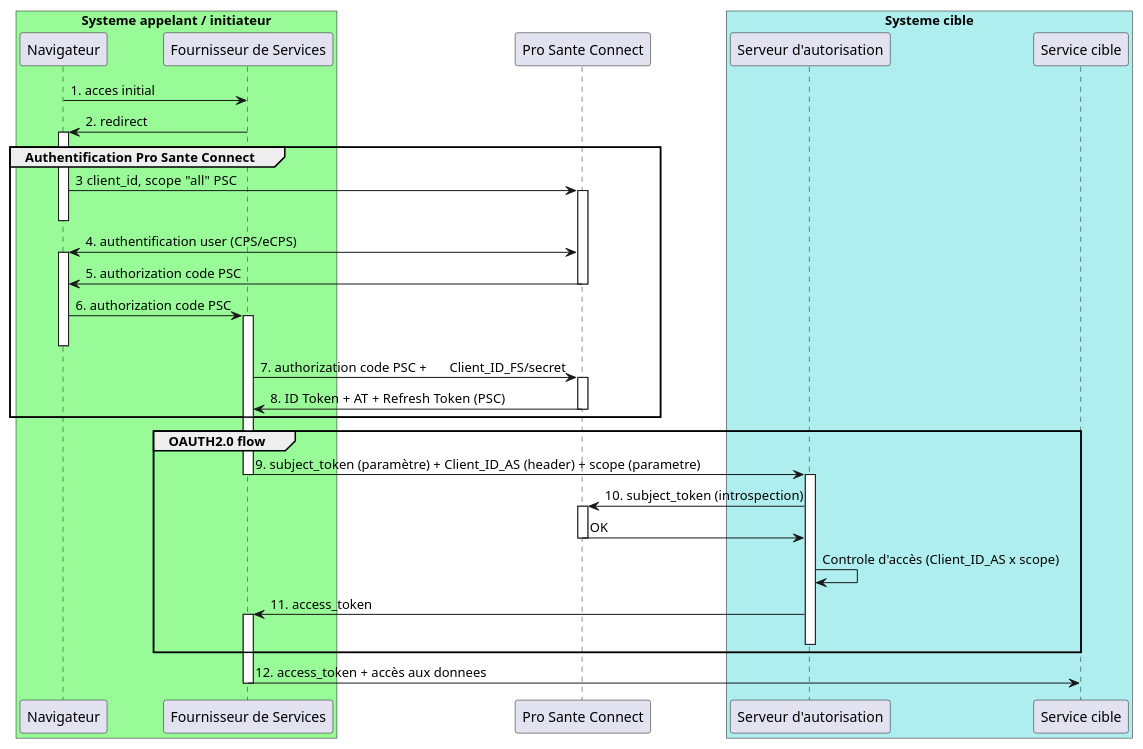
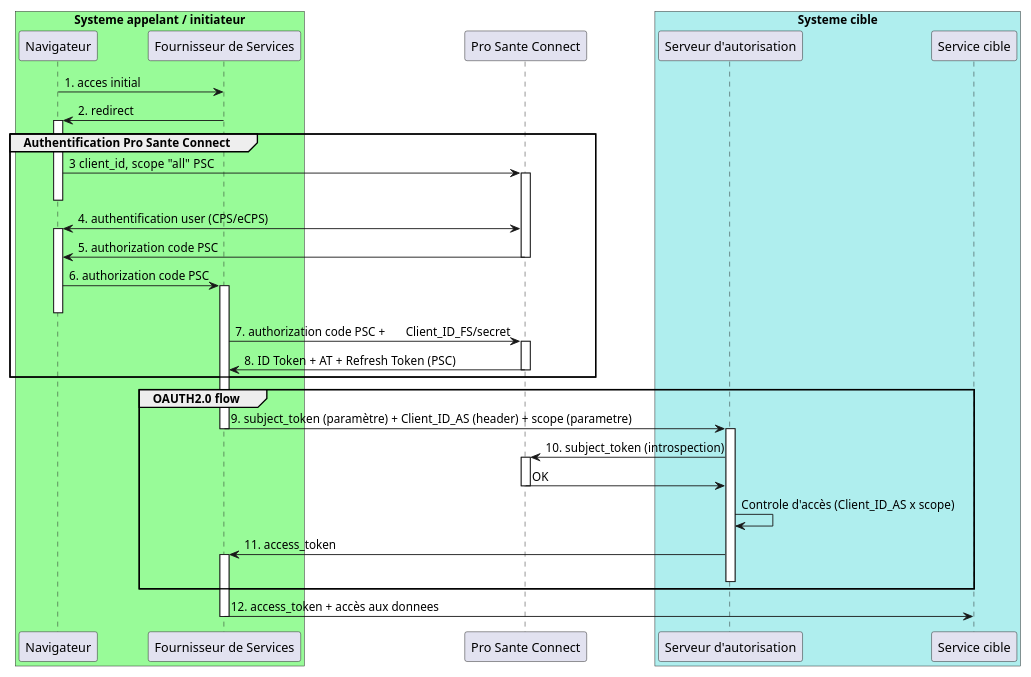
One commit to ansforge/IG-securisation-transport-api-rest changed the diagram in input/images-source/diag_api_prosanteconnectee_web_general.plantuml. Above: the diagram before and after it, drawn with PlantUML.

Commit message:
modif scale diag plantuml

```diff
--- a/input/images-source/diag_api_prosanteconnectee_web_general.plantuml
+++ b/input/images-source/diag_api_prosanteconnectee_web_general.plantuml
@@ -1,51 +1,52 @@
 @startuml
+scale 1024*768
 box  "Systeme appelant / initiateur" #palegreen
 participant "Navigateur" as n
 participant "Fournisseur de Services" as appserver
 end box
 participant "Pro Sante Connect" as psc
 
 box  "Systeme cible" #paleturquoise
 participant "Serveur d'autorisation" as AS
 participant "Service cible" as API
 end box
 
 n->appserver:1. acces initial 
 appserver->n:2. redirect
 	activate n
 
 group Authentification Pro Sante Connect
 n->psc:3  client_id, scope "all" PSC
 	activate psc
 	deactivate n
 psc<->n:4. authentification user (CPS/eCPS)
 activate n
 psc->n:5. authorization code PSC
 	deactivate psc
 n->appserver:6. authorization code PSC
 	activate appserver
     deactivate n
 appserver->psc: 7. authorization code PSC + 	Client_ID_FS/secret
 	activate psc
 psc->appserver: 8. ID Token + AT + Refresh Token (PSC)
 	deactivate psc
 end 
 
 
 group OAUTH2.0 flow
 appserver->AS:9. subject_token (paramètre) + Client_ID_AS (header) + scope (parametre)
 	deactivate appserver
 	activate AS
 AS->psc:10. subject_token (introspection)
 	activate psc
 psc->AS:OK
 	deactivate psc
 AS->AS : Controle d'accès (Client_ID_AS x scope)
 AS->appserver:11. access_token
 	activate appserver
 	deactivate AS
 end 
 appserver->API:12. access_token + accès aux donnees
 	deactivate appserver
 	
 @enduml	
```
